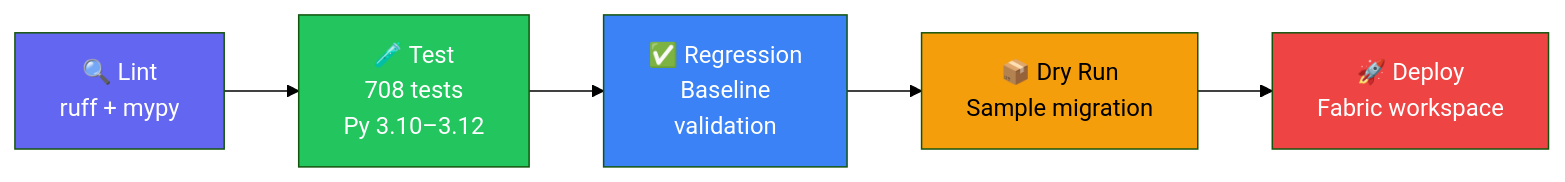
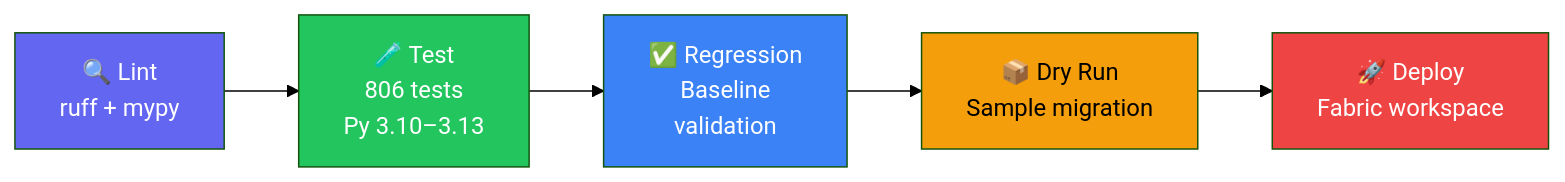
One commit to cyphou/SSIStoFabric changed the second of 2 diagrams in README.md. Above: the diagram before and after it, drawn with Mermaid (forest theme). The commit also changed other lines of this file and 12 other files, not shown here.

````diff
--- a/README.md
+++ b/README.md
@@ -622,13 +622,13 @@
 ```mermaid
 flowchart LR
-    L["🔍 Lint\nruff + mypy"] --> T["🧪 Test\n708 tests\nPy 3.10–3.12"]
+    L["🔍 Lint\nruff + mypy"] --> T["🧪 Test\n806 tests\nPy 3.10–3.13"]
     T --> R["✅ Regression\nBaseline\nvalidation"]
     R --> D["📦 Dry Run\nSample migration"]
     D --> P["🚀 Deploy\nFabric workspace"]
     
     style L fill:#6366f1,color:#fff
     style T fill:#22c55e,color:#fff
     style R fill:#3b82f6,color:#fff
     style D fill:#f59e0b,color:#000
     style P fill:#ef4444,color:#fff
 ```
````
